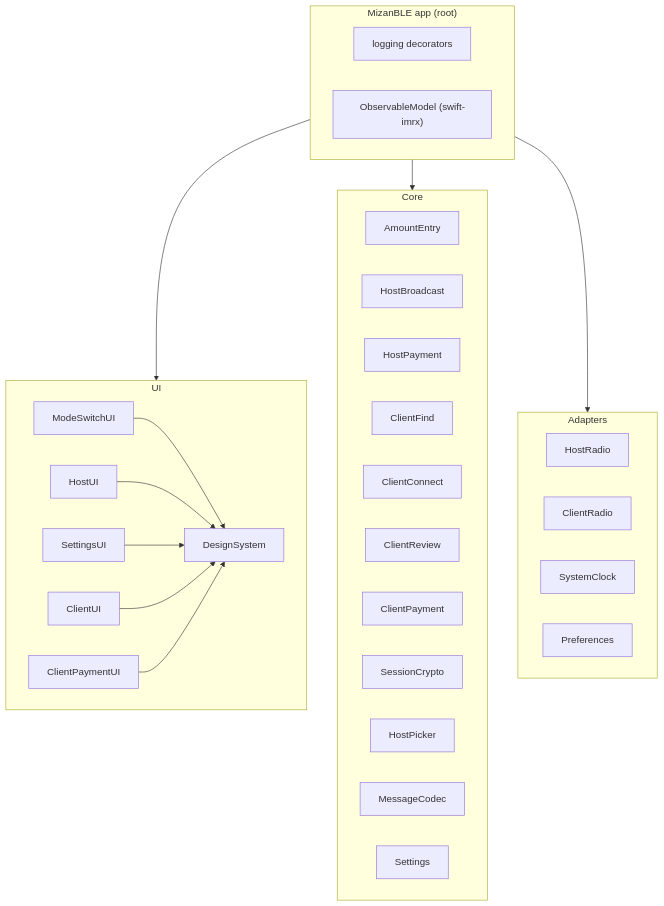
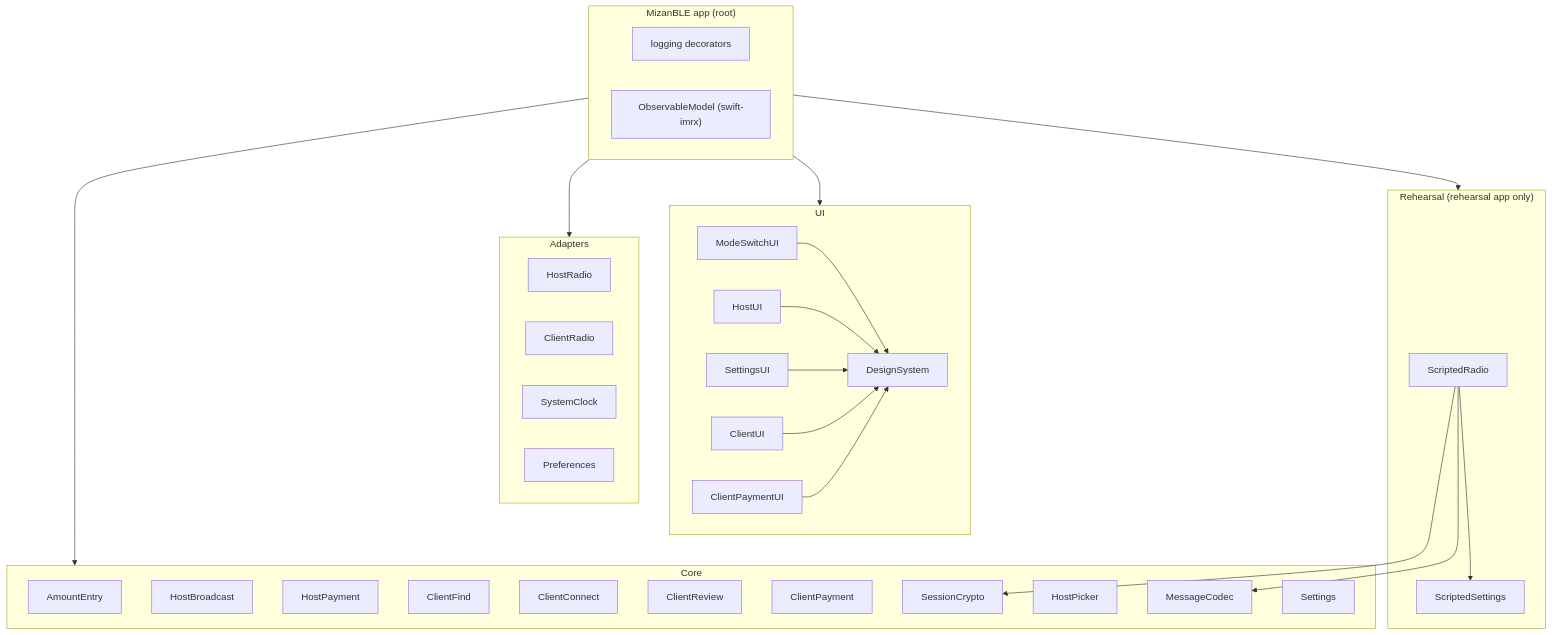
Before and after one commit to igor1309/ai-labs: the diagram in mizan-ble/ARCHITECTURE.md, drawn with Mermaid. The commit also changed other lines of this file and 5 other files, not shown here.

Commit message:
mizan-ble: specs for the rehearsal's scripted settings and scripted radio (LAB-723)

````diff
--- a/mizan-ble/ARCHITECTURE.md
+++ b/mizan-ble/ARCHITECTURE.md
@@ -115,36 +120,42 @@
 ```mermaid
 flowchart TB
   subgraph Root["MizanBLE app (root)"]
     Log[logging decorators]
     Model["ObservableModel (swift-imrx)"]
   end
   subgraph UI
     ModeSwitchUI --> DesignSystem
     HostUI --> DesignSystem
     SettingsUI --> DesignSystem
     ClientUI --> DesignSystem
     ClientPaymentUI --> DesignSystem
   end
   subgraph Core
     AmountEntry
     HostBroadcast
     HostPayment
     ClientFind
     ClientConnect
     ClientReview
     ClientPayment
     SessionCrypto
     HostPicker
     MessageCodec
     Settings
   end
   subgraph Adapters
     HostRadio
     ClientRadio
     SystemClock
     Preferences
   end
+  subgraph Rehearsal["Rehearsal (rehearsal app only)"]
+    ScriptedRadio --> ScriptedSettings
+    ScriptedRadio --> SessionCrypto
+    ScriptedRadio --> MessageCodec
+  end
   Root --> UI
   Root --> Core
   Root --> Adapters
+  Root --> Rehearsal
 ```
````
